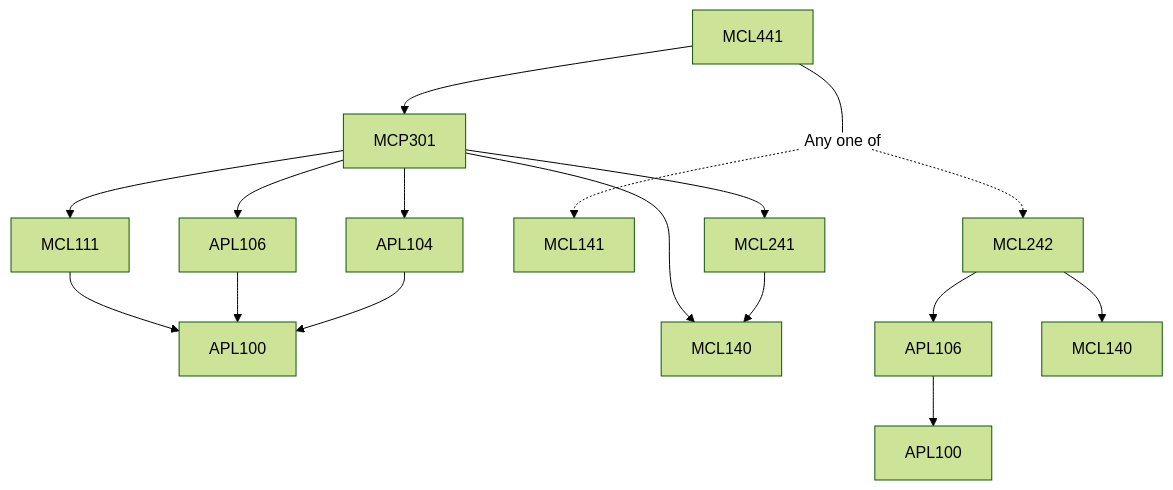
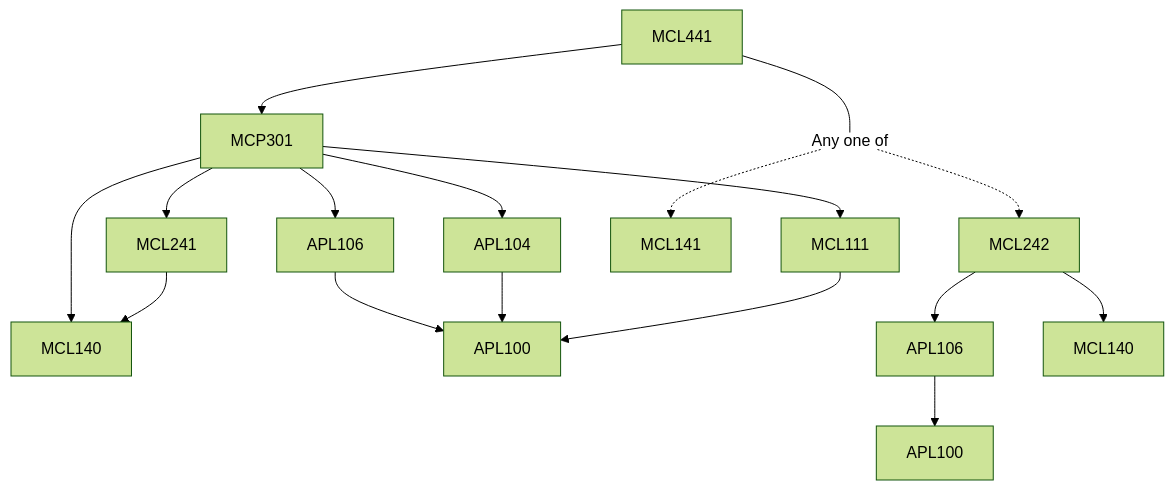
One commit to KeshavBansal0122/CoS_Website changed the diagram in content/Mechanical Engineering/MCL441.md. Above: the diagram before and after it, drawn with Mermaid (forest theme). The commit also changed other lines of this file and 392 other files, not shown here.

````diff
--- a/content/Mechanical Engineering/MCL441.md
+++ b/content/Mechanical Engineering/MCL441.md
@@ -13,23 +13,23 @@
 ```mermaid
 flowchart TD
 MCL441-1439[MCL441]
 MCP301-1439 --> APL106-1439[APL106]
-MCL441-1439 --> MCP301-1439[MCP301]
-MCL111-1439 --> APL100-1439[APL100]
+MCP301-1439 --> MCL241-1439[MCL241]
+MCP301-1439 --> APL104-1439[APL104]
 MCP301-1439 --> MCL140-1439[MCL140]
-MCP301-1439 --> MCL111-1439[MCL111]
 APL106-1439 --> APL100-1439[APL100]
 MCL441-1439 --- Or1440[Any one of]:::empty
+MCL242-1441 --> APL106-1441[APL106]
+MCL242-1441 --> MCL140-1441[MCL140]
+Or1440 -.-> MCL242-1441[MCL242]
 APL106-1441 --> APL100-1441[APL100]
-Or1440 -.-> MCL242-1441[MCL242]
-MCL242-1441 --> MCL140-1441[MCL140]
-MCL242-1441 --> APL106-1441[APL106]
 Or1440 -.-> MCL141-1442[MCL141]
+APL104-1439 --> APL100-1439[APL100]
+MCL441-1439 --> MCP301-1439[MCP301]
 MCL241-1439 --> MCL140-1439[MCL140]
-MCP301-1439 --> APL104-1439[APL104]
-MCP301-1439 --> MCL241-1439[MCL241]
-APL104-1439 --> APL100-1439[APL100]
+MCP301-1439 --> MCL111-1439[MCL111]
+MCL111-1439 --> APL100-1439[APL100]
 
 classDef empty height:17px, fill:transparent, stroke:transparent;
 classDef trueEmpty height:0px, width:0px;
 ```
````
